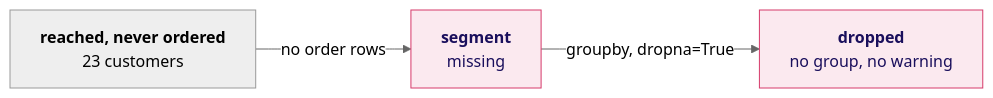
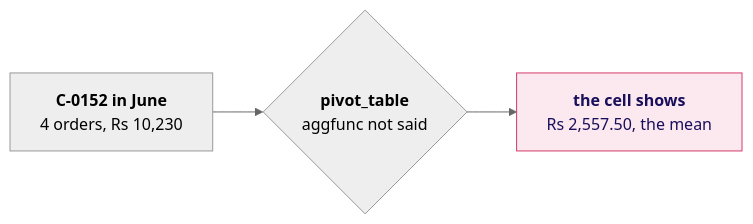
One commit to fde-academy-lab/c2-content-factory changed diagram 13 of 19 in content/W02/D4/slides/C2_W02_D04_half1_STUDENT.md. Above: the diagram before and after it, drawn with Mermaid (neutral theme). The commit also changed other lines of this file and 9 other files, not shown here.

````diff
--- a/content/W02/D4/slides/C2_W02_D04_half1_STUDENT.md
+++ b/content/W02/D4/slides/C2_W02_D04_half1_STUDENT.md
@@ -637,7 +897,7 @@
 ```mermaid
 flowchart LR
-    A["<b>reached, never ordered</b><br/>23 customers"] -->|"no order rows"| B["<b>segment</b><br/>missing"]
-    B -->|"groupby, dropna=True"| C["<b>dropped</b><br/>no group, no warning"]
+    O["<b>C-0152 in June</b><br/>4 orders, Rs 10,230"] --> P{"<b>pivot_table</b><br/>aggfunc not said"}
+    P --> C["<b>the cell shows</b><br/>Rs 2,557.50, the mean"]
     classDef bad fill:#FBE9EF,stroke:#D63A6A,color:#1A0F5C
-    class B,C bad
+    class C bad
 ```
````
